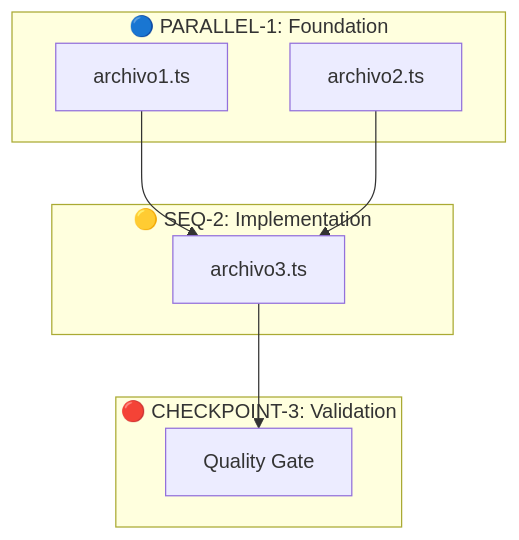
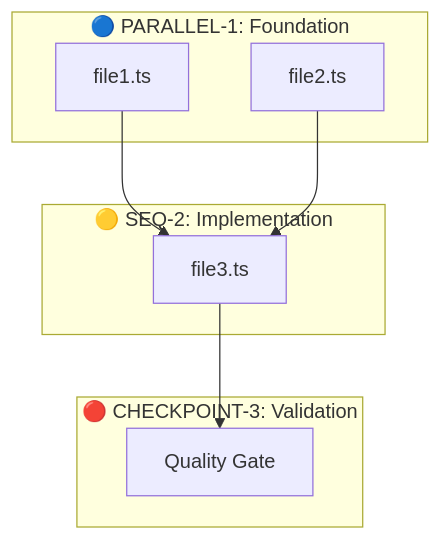
Before and after one commit to MaciWP/claude-code-poneglyph: the third of 4 diagrams in .claude/commands/planner.md, drawn with Mermaid. The commit also changed other lines of this file and 9 other files, not shown here.

````diff
--- a/.claude/commands/planner.md
+++ b/.claude/commands/planner.md
@@ -521,16 +521,16 @@
 ```mermaid
 graph TD
   subgraph "🔵 PARALLEL-1: Foundation"
-    A[archivo1.ts]
-    B[archivo2.ts]
+    A[file1.ts]
+    B[file2.ts]
   end
   subgraph "🟡 SEQ-2: Implementation"
-    C[archivo3.ts]
+    C[file3.ts]
   end
   subgraph "🔴 CHECKPOINT-3: Validation"
     D[Quality Gate]
   end
   A --> C
   B --> C
   C --> D
 ```
````
